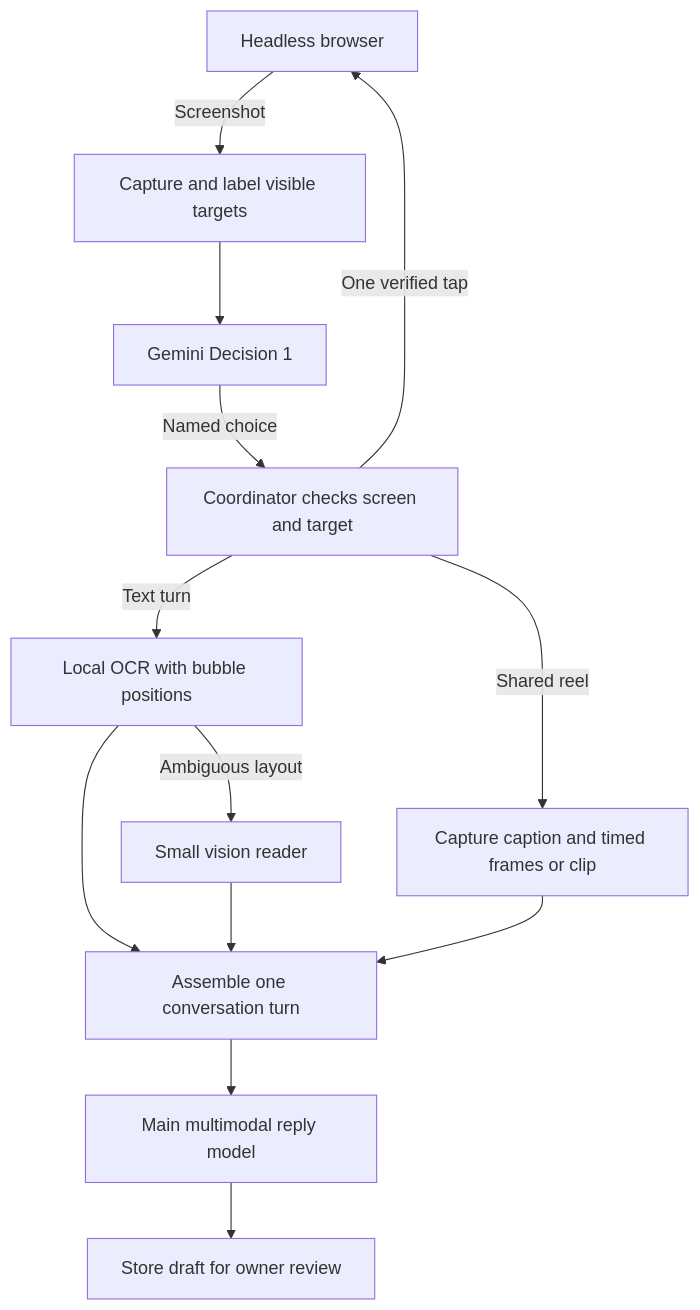
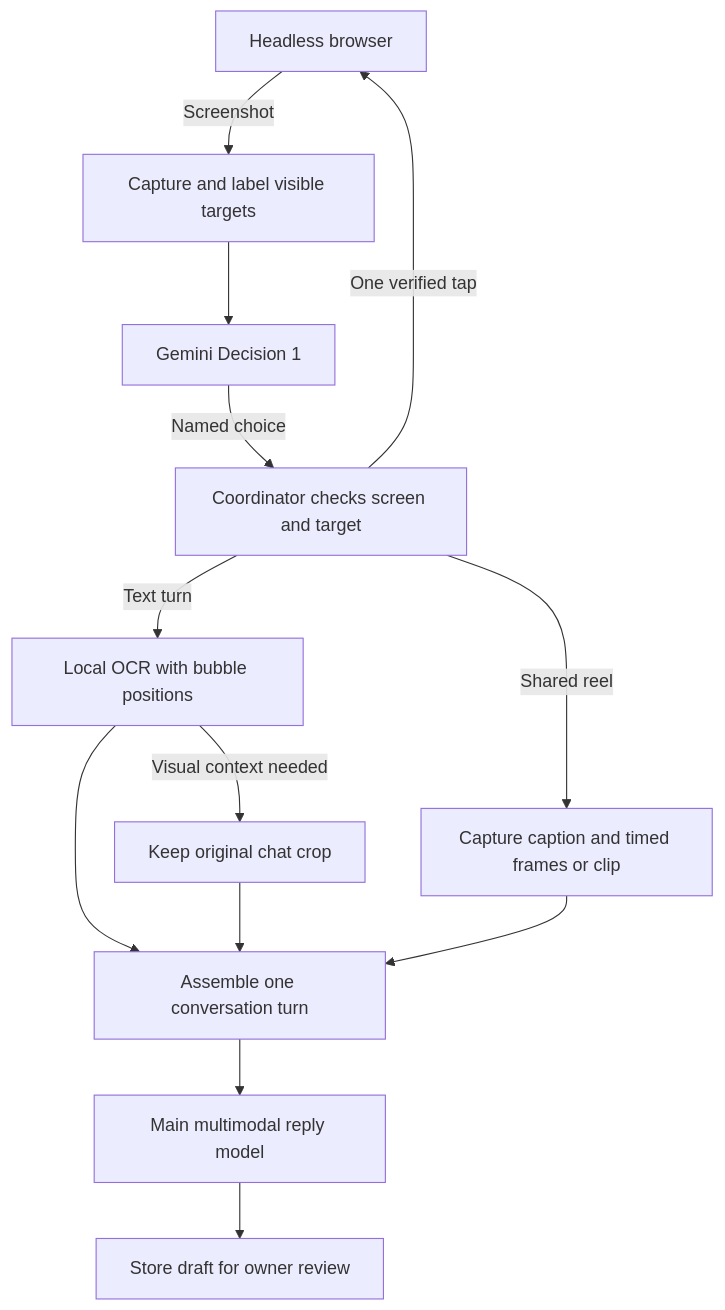
The diagram in plan/architecture.md (prakashdole/Shadow), drawn with Mermaid before and after one commit. The commit also changed other lines of this file and 2 other files, not shown here.

Commit message:
docs: send visual context to the main reply model

````diff
--- a/plan/architecture.md
+++ b/plan/architecture.md
@@ -11,15 +11,15 @@
 ```mermaid
 flowchart TD
     Browser[Headless browser] -->|Screenshot| Capture[Capture and label visible targets]
     Capture --> Router[Gemini Decision 1]
     Router -->|Named choice| Control[Coordinator checks screen and target]
     Control -->|One verified tap| Browser
     Control -->|Text turn| OCR[Local OCR with bubble positions]
-    OCR -->|Ambiguous layout| Reader[Small vision reader]
+    OCR -->|Visual context needed| Crop[Keep original chat crop]
     Control -->|Shared reel| Media[Capture caption and timed frames or clip]
     OCR --> Context[Assemble one conversation turn]
-    Reader --> Context
+    Crop --> Context
     Media --> Context
     Context --> Reply[Main multimodal reply model]
     Reply --> Draft[Store draft for owner review]
 ```
````
